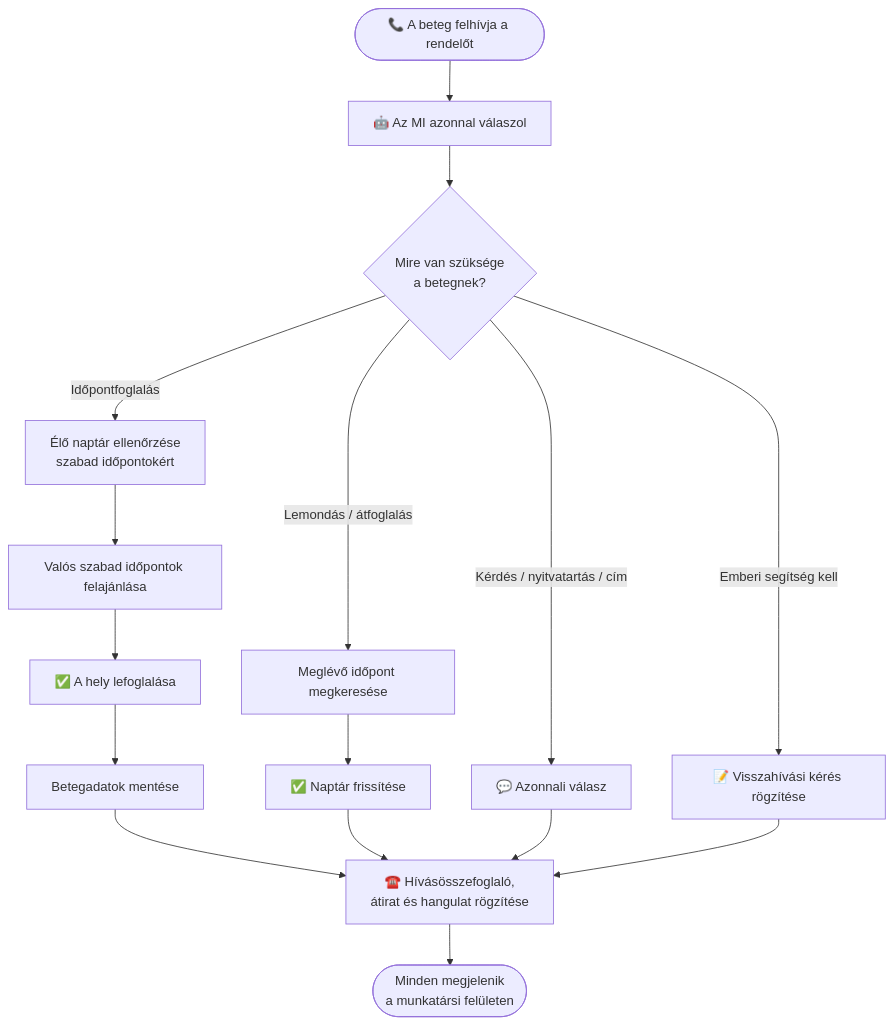
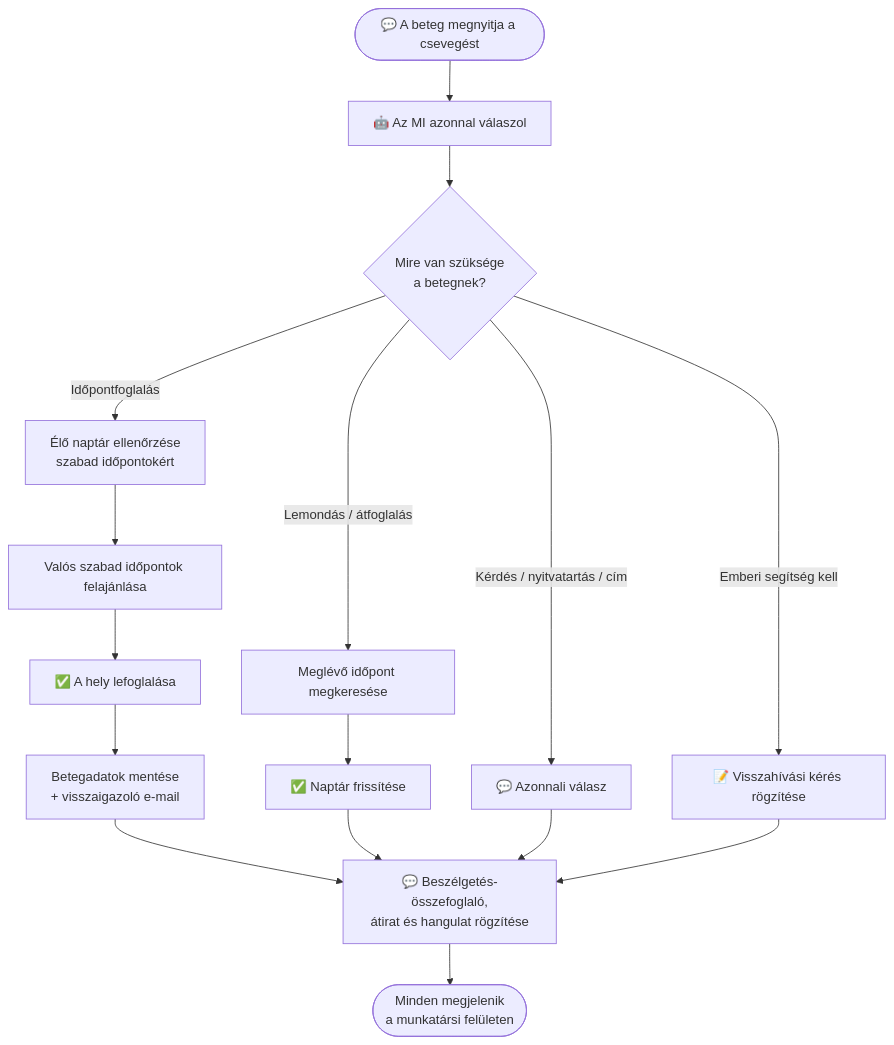
One commit to hbela/sunshine-dental changed the second of 3 diagrams in docs/user-guide.hu.md. Above: the diagram before and after it, drawn with Mermaid. The commit also changed other lines of this file and 103 other files, not shown here.

````diff
--- a/docs/user-guide.hu.md
+++ b/docs/user-guide.hu.md
@@ -83,23 +68,23 @@
 ```mermaid
 flowchart TD
-    Start([📞 A beteg felhívja a rendelőt]) --> Answer[🤖 Az MI azonnal válaszol]
+    Start([💬 A beteg megnyitja a csevegést]) --> Answer[🤖 Az MI azonnal válaszol]
     Answer --> Intent{Mire van szüksége<br/>a betegnek?}
 
     Intent -->|Időpontfoglalás| Check[Élő naptár ellenőrzése<br/>szabad időpontokért]
     Check --> Offer[Valós szabad időpontok felajánlása]
     Offer --> Book[✅ A hely lefoglalása]
-    Book --> Capture[Betegadatok mentése]
+    Book --> Capture[Betegadatok mentése<br/>+ visszaigazoló e-mail]
 
     Intent -->|Lemondás / átfoglalás| Find[Meglévő időpont megkeresése]
     Find --> Update[✅ Naptár frissítése]
 
     Intent -->|Kérdés / nyitvatartás / cím| Answer2[💬 Azonnali válasz]
 
     Intent -->|Emberi segítség kell| Callback[📝 Visszahívási kérés rögzítése]
 
-    Capture --> Log[☎️ Hívásösszefoglaló,<br/>átirat és hangulat rögzítése]
+    Capture --> Log[💬 Beszélgetés-összefoglaló,<br/>átirat és hangulat rögzítése]
     Update --> Log
     Answer2 --> Log
     Callback --> Log
     Log --> Done([Minden megjelenik<br/>a munkatársi felületen])
 ```
````
